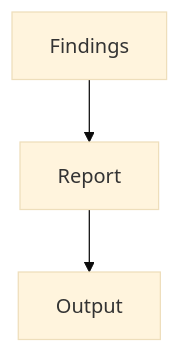
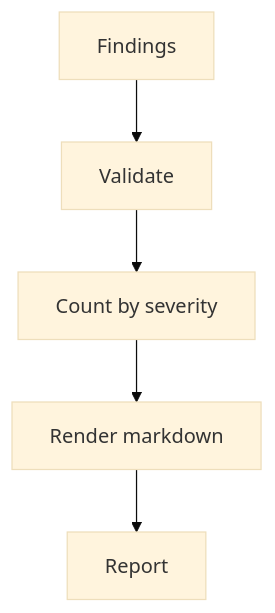
One commit to tcp-ecosystem/MAM changed the diagram in modules/examples/security-system/modules/reporter.mam.md. Above: the diagram before and after it, drawn with Mermaid (base theme). The commit also changed other lines of this file and 440 other files, not shown here.

````diff
--- a/modules/examples/security-system/modules/reporter.mam.md
+++ b/modules/examples/security-system/modules/reporter.mam.md
@@ -56,5 +72,7 @@
 ```mermaid
 flowchart TD
-    A[Findings] --> B[Report]
-    B --> C[Output]
+    A[Findings] --> B[Validate]
+    B --> C[Count by severity]
+    C --> D[Render markdown]
+    D --> E[Report]
 ```
````
